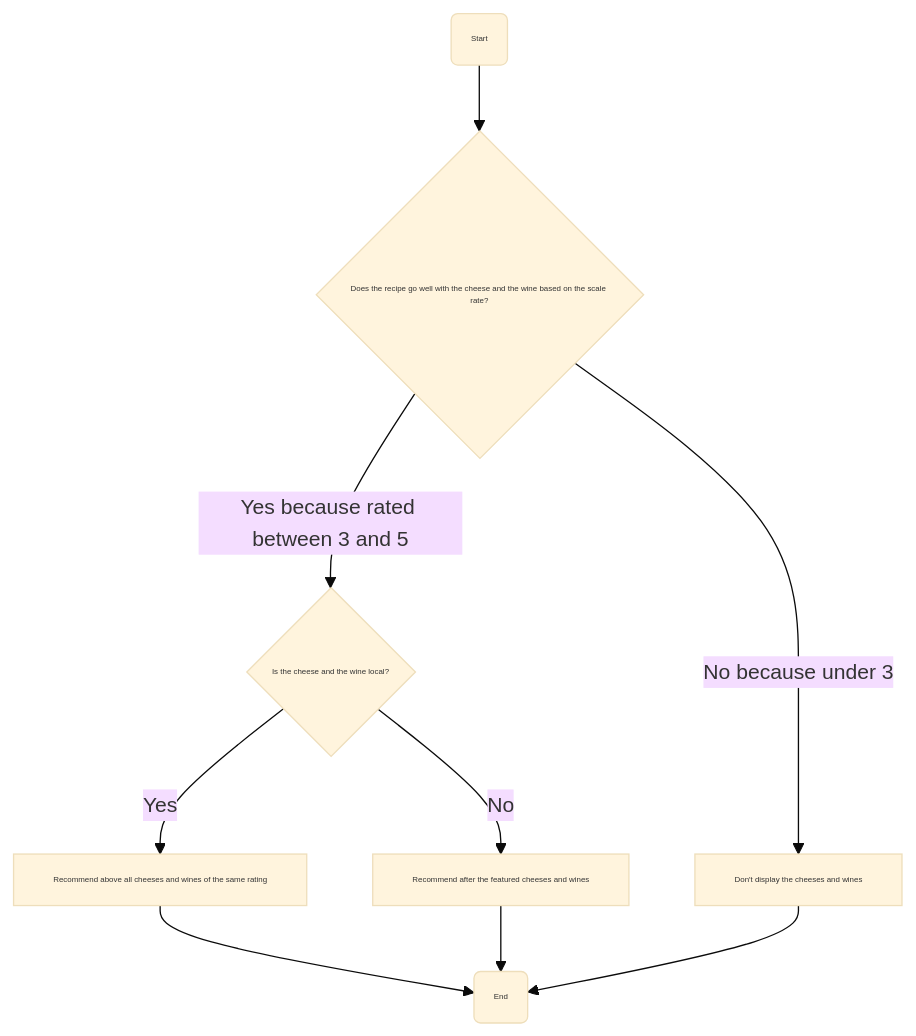
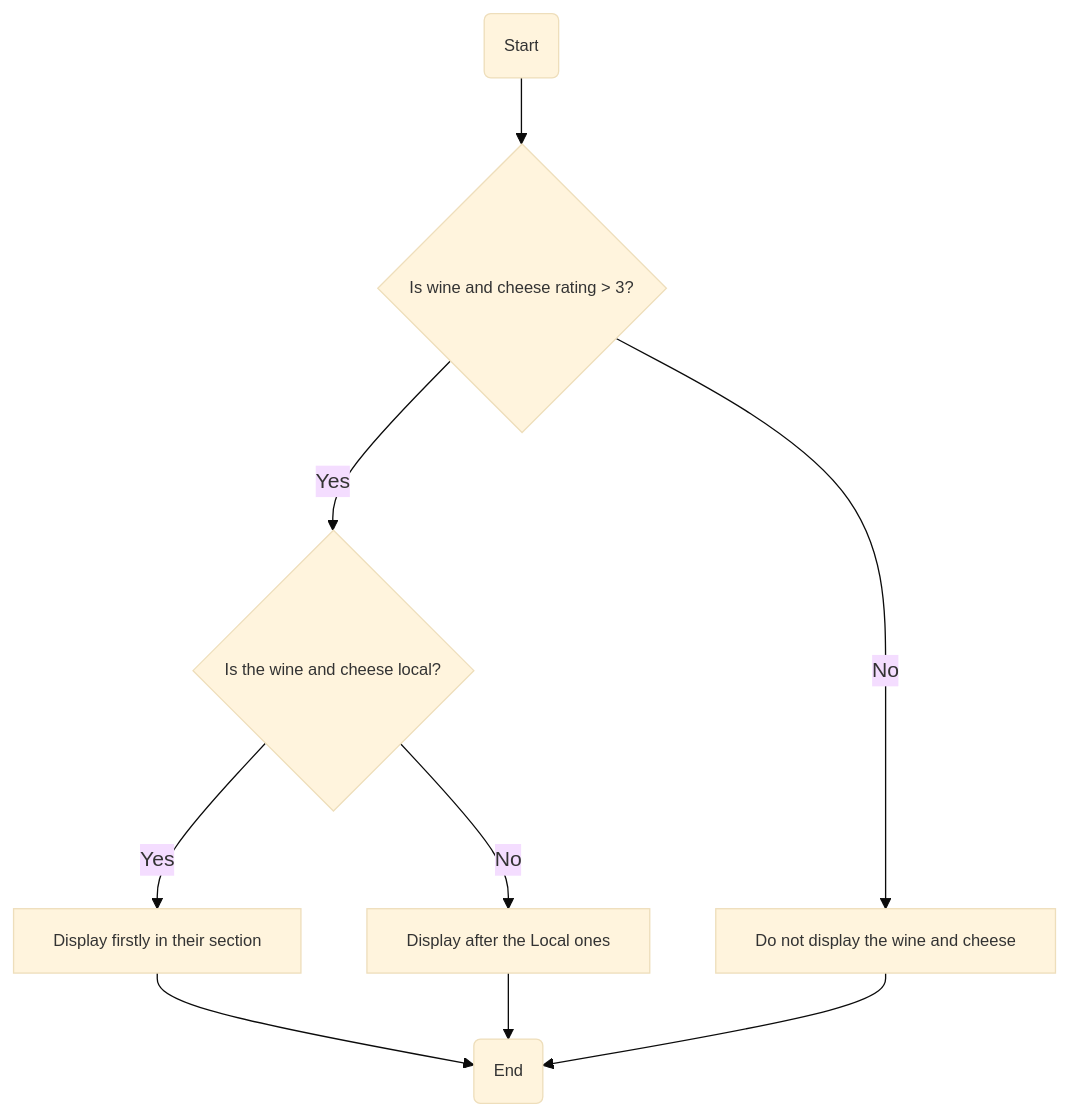
The fifth of 11 diagrams in Documents/Technical/technical_specifications.md (algosup/2024-2025-project-5-bubble-intermarche-team-2), drawn with Mermaid (base theme) before and after one commit. The commit also changed other lines of this file, not shown here.

````diff
--- a/Documents/Technical/technical_specifications.md
+++ b/Documents/Technical/technical_specifications.md
@@ -292,12 +287,12 @@
 ```mermaid
 graph TD
-    A(Start) --> B{Does the recipe go well with the cheese and the wine based on the scale rate?}
-    B -->|Yes because rated between 3 and 5| C{Is the cheese and the wine local?}
-    B -->|No because under 3| D[Don't display the cheeses and wines]
-    C --> |Yes| E[Recommend above all cheeses and wines of the same rating]
-    C --> |No| F[Recommend after the featured cheeses and wines]
+    A(Start) --> B{Is wine and cheese rating > 3?}
+    B -->|No| C[Do not display the wine and cheese]
+    B -->|Yes| D{Is the wine and cheese local?}
+    D -->|Yes| E[Display firstly in their section]
+    D -->|No| F[Display after the Local ones]
     E --> G(End)
     F --> G
-    D --> G
-    classDef default font-size:6px;
+    C --> G
+    classDef default font-size:12.5px
 ```
````
